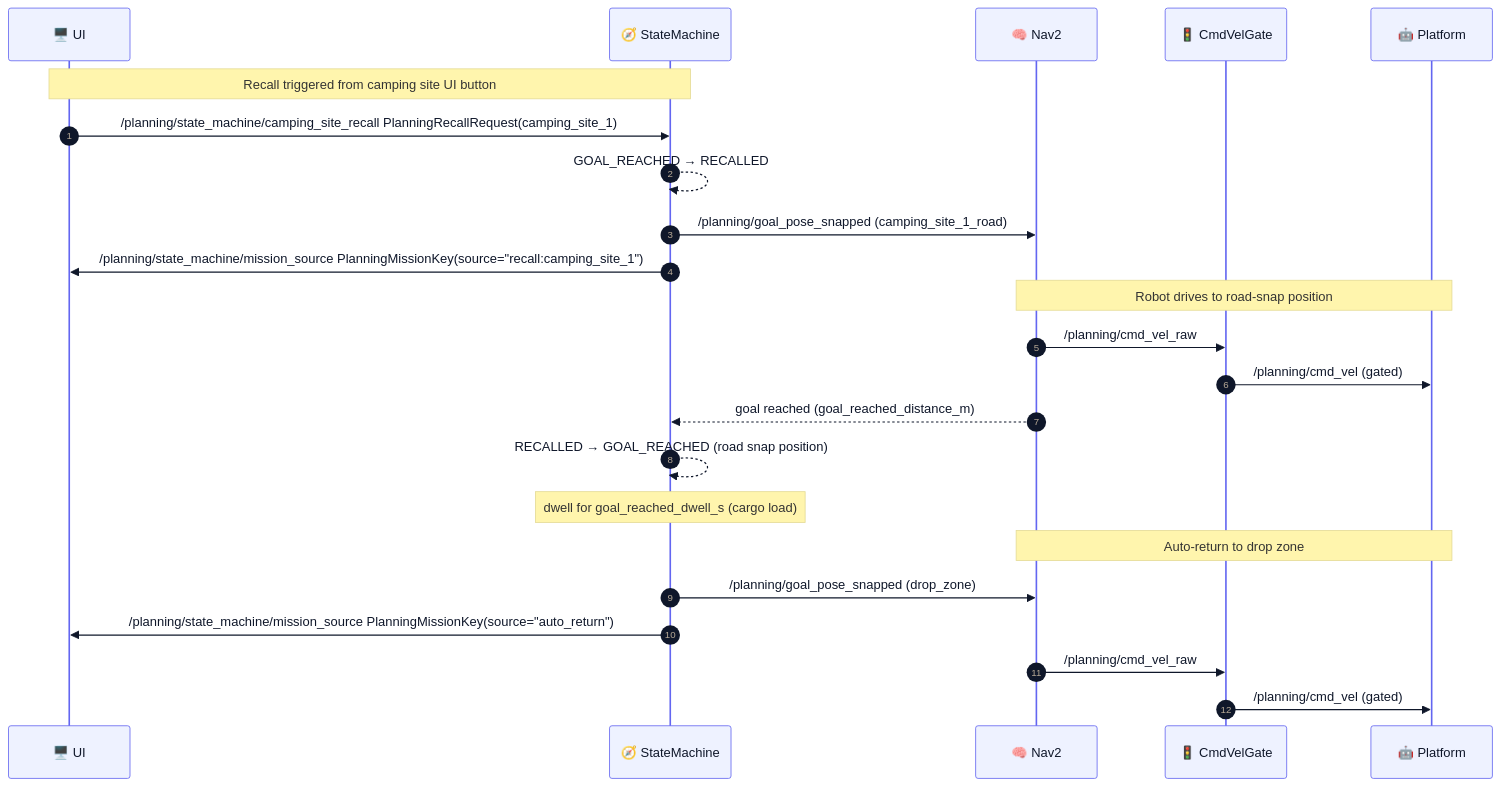
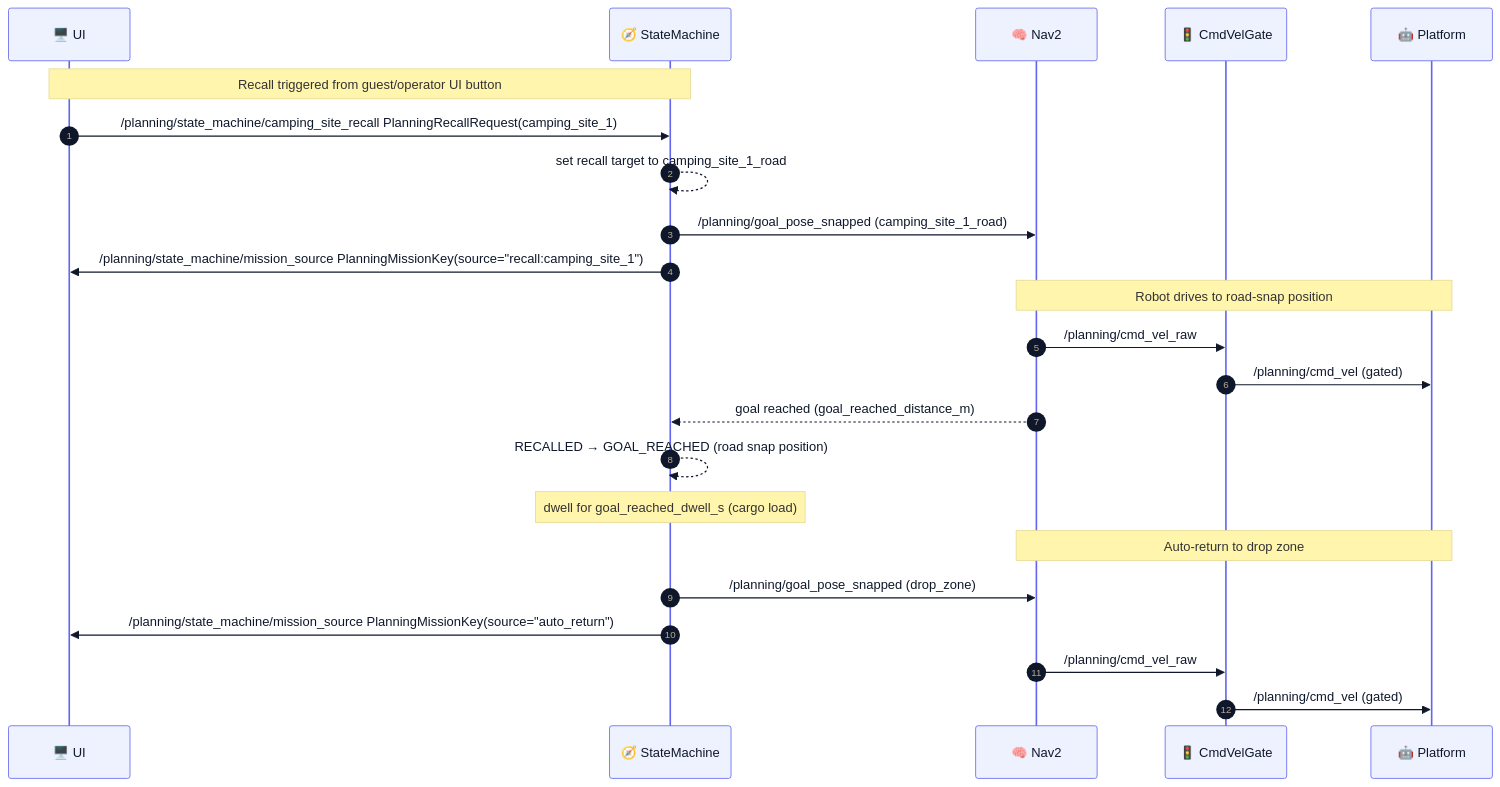
One commit to hwanhonglee/CAMROD changed the fourth of 4 diagrams in camrod_planning/README.md. Above: the diagram before and after it, drawn with Mermaid. The commit also changed other lines of this file and 6 other files, not shown here.

````diff
--- a/camrod_planning/README.md
+++ b/camrod_planning/README.md
@@ -442,30 +470,30 @@
 ```mermaid
 %%{init: {'theme': 'base', 'themeVariables': {'fontFamily': 'ui-sans-serif, system-ui, sans-serif', 'fontSize': '14px', 'primaryColor': '#EEF2FF', 'primaryTextColor': '#0F172A', 'primaryBorderColor': '#6366F1', 'lineColor': '#475569'}}}%%
 sequenceDiagram
   autonumber
   participant UI as 🖥️ UI
   participant SM as 🧭 StateMachine
   participant Nav2 as 🧠 Nav2
   participant Gate as 🚦 CmdVelGate
   participant Plat as 🤖 Platform
 
-  Note over UI,SM: Recall triggered from camping site UI button
+  Note over UI,SM: Recall triggered from guest/operator UI button
   UI->>SM: /planning/state_machine/camping_site_recall PlanningRecallRequest(camping_site_1)
-  SM-->>SM: GOAL_REACHED → RECALLED
+  SM-->>SM: set recall target to camping_site_1_road
   SM->>Nav2: /planning/goal_pose_snapped (camping_site_1_road)
   SM->>UI: /planning/state_machine/mission_source PlanningMissionKey(source="recall:camping_site_1")
 
   Note over Nav2,Plat: Robot drives to road-snap position
   Nav2->>Gate: /planning/cmd_vel_raw
   Gate->>Plat: /planning/cmd_vel (gated)
 
   Nav2-->>SM: goal reached (goal_reached_distance_m)
   SM-->>SM: RECALLED → GOAL_REACHED (road snap position)
   Note over SM: dwell for goal_reached_dwell_s (cargo load)
 
   Note over Nav2,Plat: Auto-return to drop zone
   SM->>Nav2: /planning/goal_pose_snapped (drop_zone)
   SM->>UI: /planning/state_machine/mission_source PlanningMissionKey(source="auto_return")
   Nav2->>Gate: /planning/cmd_vel_raw
   Gate->>Plat: /planning/cmd_vel (gated)
 ```
````
